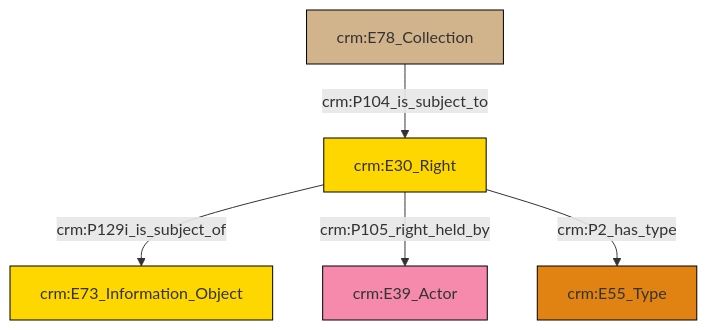
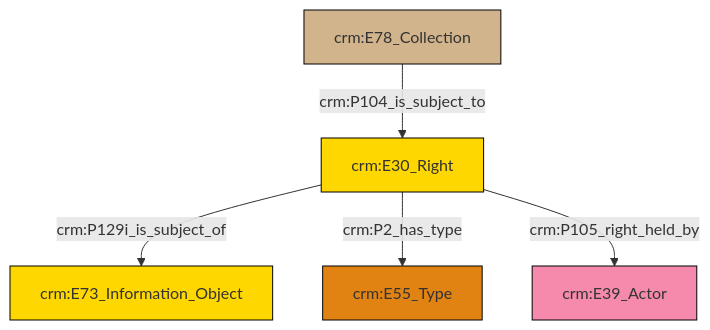
The diagram in et/archivalCSV/ttl/mmd/archival_rights.ttl.mmd (swiss-art-research-net/docs.swissartresearch), drawn with Mermaid before and after one commit. The commit also changed 180 other files, not shown here.

```diff
--- a/et/archivalCSV/ttl/mmd/archival_rights.ttl.mmd
+++ b/et/archivalCSV/ttl/mmd/archival_rights.ttl.mmd
@@ -1,19 +1,19 @@
 graph TD
 classDef Literal fill:#f2f2f2,stroke:#000000;
 classDef CRM_Entity fill:#FFFFFF,stroke:#000000;
 classDef Temporal_Entity fill:#00C9E6, stroke:#000000;
 classDef Type fill:#E18312, stroke:#000000;
 classDef Time-Span fill:#2C9C91, stroke:#000000;
 classDef Appellation fill:#FFEB7F, stroke:#000000;
 classDef Place fill:#008836, stroke:#000000;
 classDef Persistent_Item fill:#B266B2, stroke:#000000;
 classDef Conceptual_Object fill:#FFD700, stroke:#000000;
 classDef Physical_Thing fill:#D2B48C, stroke:#000000;
 classDef Actor fill:#f58aad, stroke:#000000;
 classDef PC_Classes fill:#4ce600, stroke:#000000;
 classDef Multi fill:#cccccc,stroke:#000000;
 
 0["crm:E30_Right"]:::Conceptual_Object -->|crm:P129i_is_subject_of| 1["crm:E73_Information_Object"]:::Conceptual_Object
-0["crm:E30_Right"]:::Conceptual_Object -->|crm:P105_right_held_by| 3["crm:E39_Actor"]:::Actor
-0["crm:E30_Right"]:::Conceptual_Object -->|crm:P2_has_type| 5["crm:E55_Type"]:::Type
-7["crm:E78_Collection"]:::Physical_Thing -->|crm:P104_is_subject_to| 0["crm:E30_Right"]:::Conceptual_Object
+4["crm:E78_Collection"]:::Physical_Thing -->|crm:P104_is_subject_to| 0["crm:E30_Right"]:::Conceptual_Object
+0["crm:E30_Right"]:::Conceptual_Object -->|crm:P2_has_type| 7["crm:E55_Type"]:::Type
+0["crm:E30_Right"]:::Conceptual_Object -->|crm:P105_right_held_by| 2["crm:E39_Actor"]:::Actor
```
